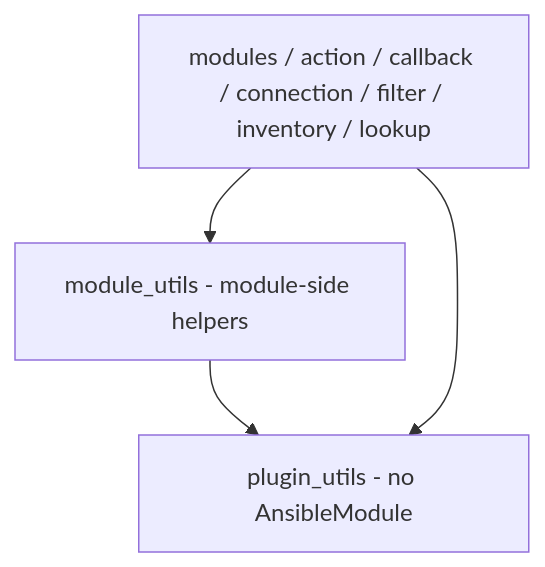
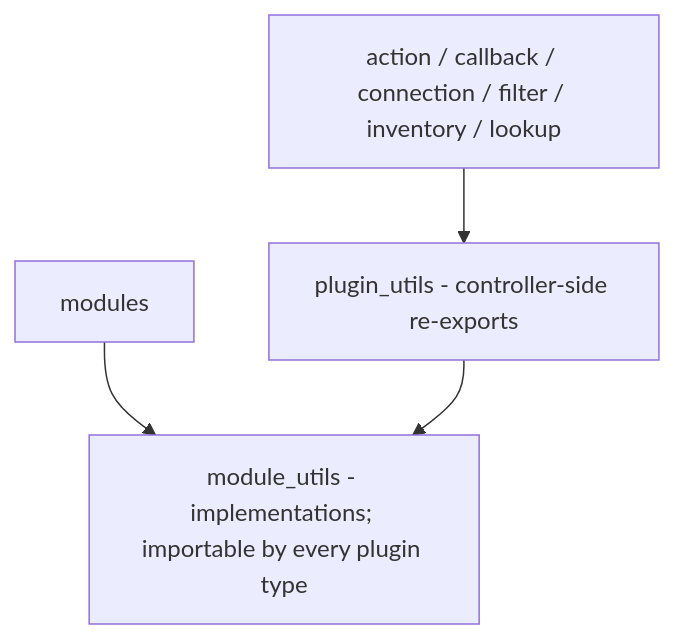
One commit to susunola/ansible-collection-tencentcloud changed the diagram in plugins/plugin_utils/README.md. Above: the diagram before and after it, drawn with Mermaid. The commit also changed other lines of this file and 38 other files, not shown here.

````diff
--- a/plugins/plugin_utils/README.md
+++ b/plugins/plugin_utils/README.md
@@ -42,9 +53,10 @@
 ```mermaid
 graph TD
-    plugin_utils["plugin_utils - no AnsibleModule"]
-    module_utils["module_utils - module-side helpers"]
-    consumers["modules / action / callback / connection / filter / inventory / lookup"]
-    module_utils --> plugin_utils
-    consumers --> module_utils
+    module_utils["module_utils - implementations; importable by every plugin type"]
+    plugin_utils["plugin_utils - controller-side re-exports"]
+    modules["modules"]
+    consumers["action / callback / connection / filter / inventory / lookup"]
+    modules --> module_utils
+    plugin_utils --> module_utils
     consumers --> plugin_utils
 ```
````
